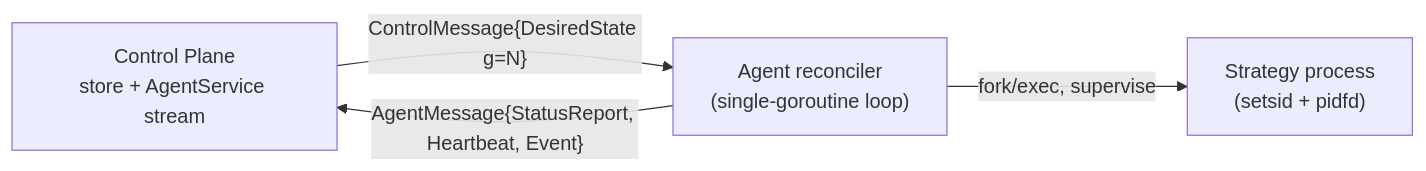
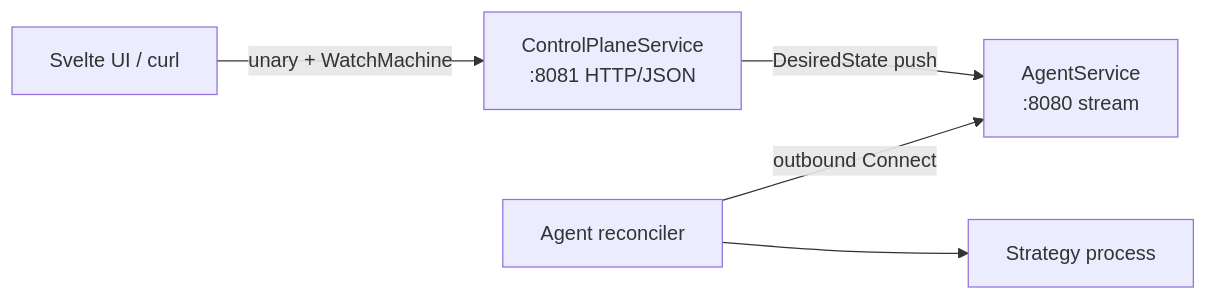
Before and after one commit to BullionBear/strategon: the diagram in README.md, drawn with Mermaid. The commit also changed other lines of this file and 34 other files, not shown here.

First line of the commit message:
Human API + Svelte UI: ControlPlaneService, StrategyView, deploy phase tracker

````diff
--- a/README.md
+++ b/README.md
@@ -18,9 +17,12 @@
 ```mermaid
 flowchart LR
-  CP["Control Plane\nstore + AgentService stream"]
-  Agent["Agent reconciler\n(single-goroutine loop)"]
-  Proc["Strategy process\n(setsid + pidfd)"]
-  CP -->|"ControlMessage{DesiredState g=N}"| Agent
-  Agent -->|"AgentMessage{StatusReport, Heartbeat, Event}"| CP
-  Agent -->|"fork/exec, supervise"| Proc
+  UI["Svelte UI / curl"]
+  Human["ControlPlaneService\n:8081 HTTP/JSON"]
+  AgentSvc["AgentService\n:8080 stream"]
+  Agent["Agent reconciler"]
+  Proc["Strategy process"]
+  UI -->|"unary + WatchMachine"| Human
+  Human -->|"DesiredState push"| AgentSvc
+  Agent -->|"outbound Connect"| AgentSvc
+  Agent --> Proc
 ```
````
